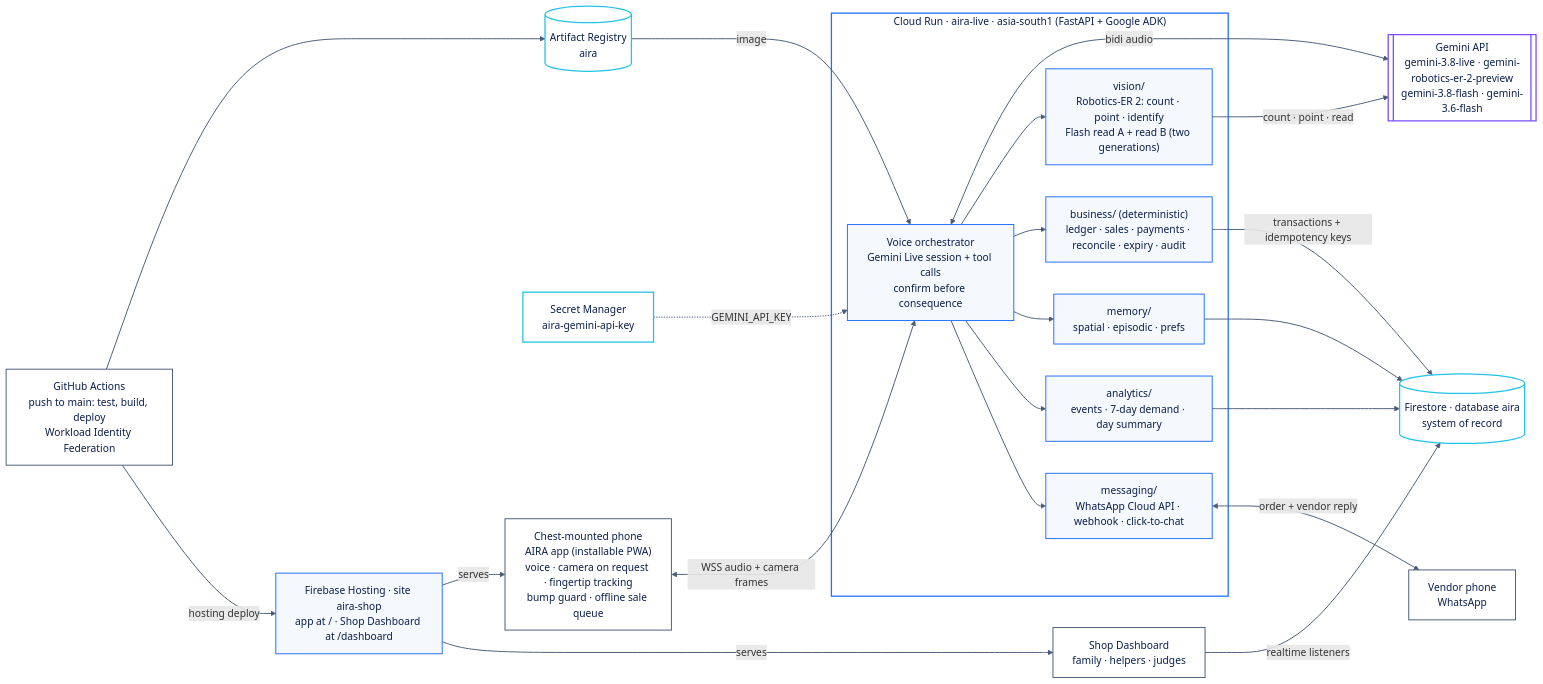
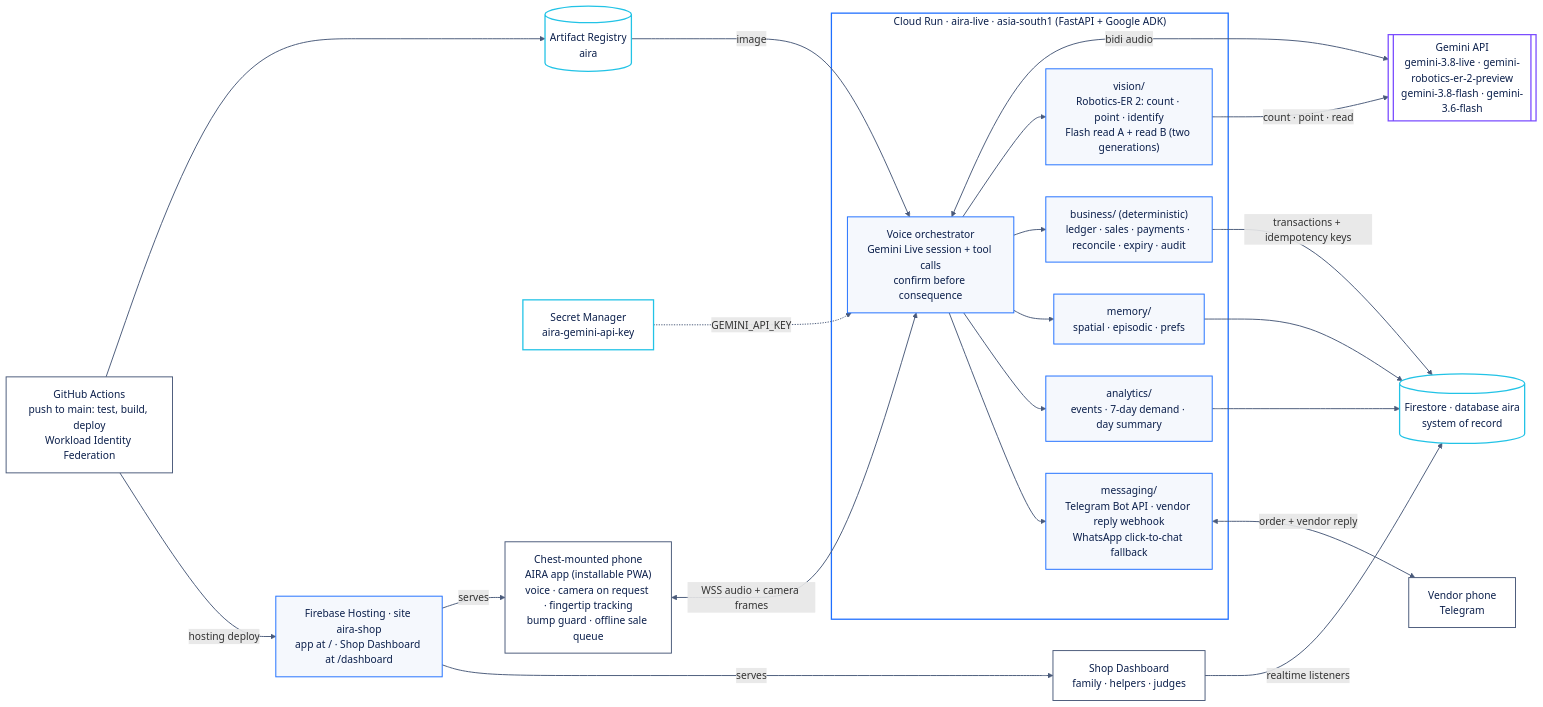
One commit to Saravana-Rajan/AIRA changed the diagram in docs/submission/diagrams/architecture.mmd. Above: the diagram before and after it, drawn with Mermaid. The commit also changed 79 other files, not shown here.

Commit message:
feat: integrate all lanes - app wiring, Telegram vendor onboarding, submission fixes

```diff
--- a/docs/submission/diagrams/architecture.mmd
+++ b/docs/submission/diagrams/architecture.mmd
@@ -1,45 +1,45 @@
 flowchart LR
   P["Chest-mounted phone<br/>AIRA app (installable PWA)<br/>voice · camera on request · fingertip tracking<br/>bump guard · offline sale queue"]
   G[["Gemini API<br/>gemini-3.8-live · gemini-robotics-er-2-preview<br/>gemini-3.8-flash · gemini-3.6-flash"]]
   subgraph CR["Cloud Run · aira-live · asia-south1 (FastAPI + Google ADK)"]
     O["Voice orchestrator<br/>Gemini Live session + tool calls<br/>confirm before consequence"]
     V["vision/<br/>Robotics-ER 2: count · point · identify<br/>Flash read A + read B (two generations)"]
     B["business/ (deterministic)<br/>ledger · sales · payments · reconcile · expiry · audit"]
     M["memory/<br/>spatial · episodic · prefs"]
     A["analytics/<br/>events · 7-day demand · day summary"]
-    W["messaging/<br/>WhatsApp Cloud API · webhook · click-to-chat"]
+    W["messaging/<br/>Telegram Bot API · vendor reply webhook<br/>WhatsApp click-to-chat fallback"]
   end
   FS[("Firestore · database aira<br/>system of record")]
   SM["Secret Manager<br/>aira-gemini-api-key"]
   FH["Firebase Hosting · site aira-shop<br/>app at / · Shop Dashboard at /dashboard"]
   D["Shop Dashboard<br/>family · helpers · judges"]
-  VD["Vendor phone<br/>WhatsApp"]
+  VD["Vendor phone<br/>Telegram"]
   GH["GitHub Actions<br/>push to main: test, build, deploy<br/>Workload Identity Federation"]
   AR[("Artifact Registry<br/>aira")]
 
   P <-->|WSS audio + camera frames| O
   O <-->|bidi audio| G
   V -->|count · point · read| G
   O --> V & B & M & A & W
   B -->|transactions + idempotency keys| FS
   M --> FS
   A --> FS
   W <-->|order + vendor reply| VD
   FH -->|serves| P
   FH -->|serves| D
   D -->|realtime listeners| FS
   SM -.->|GEMINI_API_KEY| O
   GH --> AR
   AR -->|image| O
   GH -->|hosting deploy| FH
 
   %% Light theme, AIRA brand tokens (build overrides section 6)
   classDef default fill:#F5F8FD,stroke:#1F6FFF,stroke-width:1.5px,color:#0B1F4B
   classDef ai fill:#FFFFFF,stroke:#7B4DFF,stroke-width:2px,color:#0B1F4B
   classDef store fill:#FFFFFF,stroke:#22C3E6,stroke-width:2px,color:#0B1F4B
   classDef outside fill:#FFFFFF,stroke:#4A5A7A,stroke-width:1.5px,color:#0B1F4B
   class G ai
   class FS,AR,SM store
   class P,D,VD,GH outside
   style CR fill:#FFFFFF,stroke:#1F6FFF,stroke-width:2px,color:#0B1F4B
   linkStyle default stroke:#4A5A7A,stroke-width:1.5px
```
